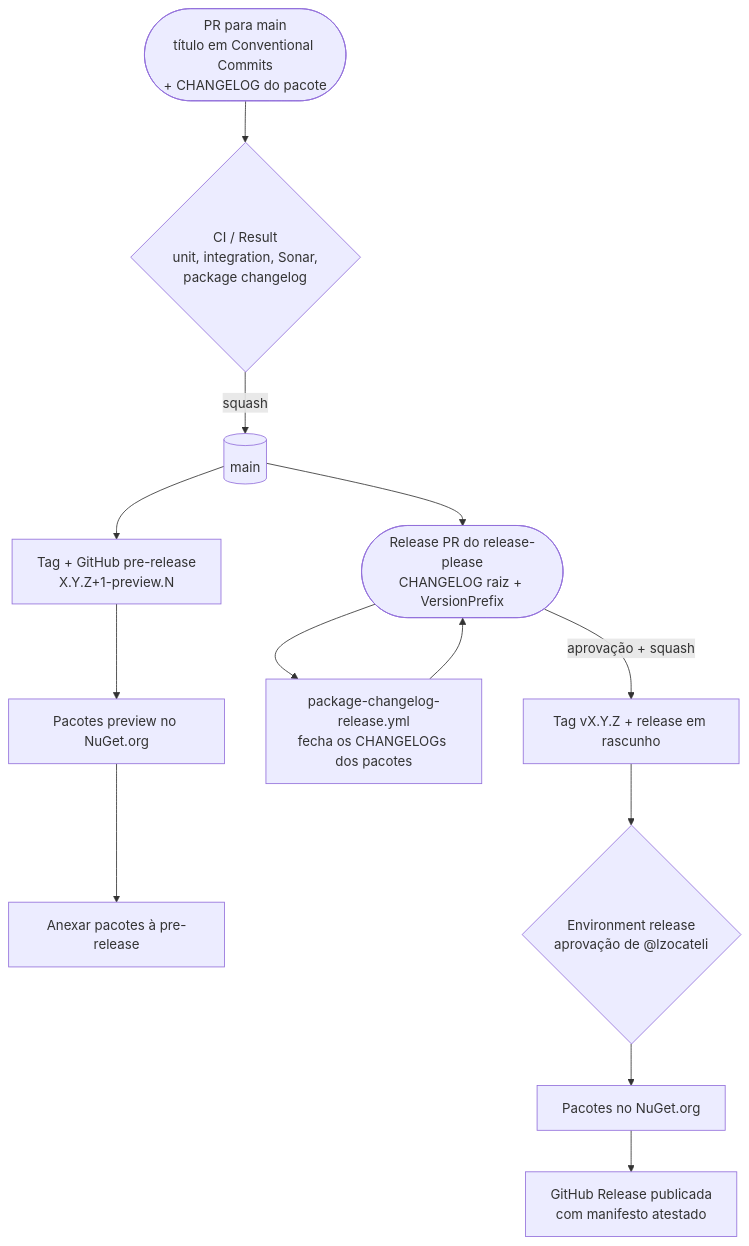
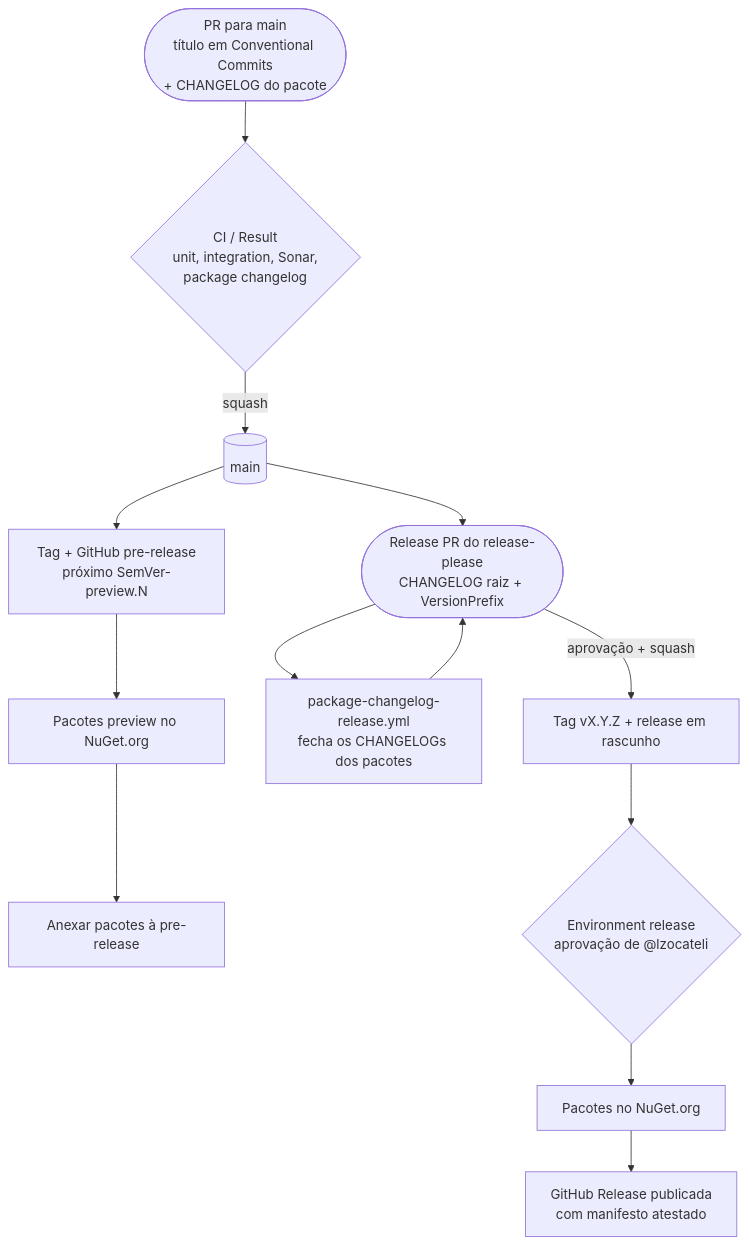
The diagram in docs/maintainers/release-process.md (nuuvify/Nuuvify.CommonPack), drawn with Mermaid before and after one commit. The commit also changed other lines of this file and 4 other files, not shown here.

First line of the commit message:
fix(ci): alinhar snapshots ao versionamento SemVer (#280)

````diff
--- a/docs/maintainers/release-process.md
+++ b/docs/maintainers/release-process.md
@@ -13,15 +13,15 @@
 ```mermaid
 flowchart TB
     PR([PR para main<br/>título em Conventional Commits<br/>+ CHANGELOG do pacote]) --> CI{CI / Result<br/>unit, integration, Sonar,<br/>package changelog}
     CI -->|squash| MAIN[(main)]
-    MAIN --> SNAP[Tag + GitHub pre-release<br/>X.Y.Z+1-preview.N]
+    MAIN --> SNAP[Tag + GitHub pre-release<br/>próximo SemVer-preview.N]
     SNAP --> SNAPN[Pacotes preview no NuGet.org]
     SNAPN --> SNAPFILES[Anexar pacotes à pre-release]
     MAIN --> RPR([Release PR do release-please<br/>CHANGELOG raiz + VersionPrefix])
     RPR --> CLOSE[package-changelog-release.yml<br/>fecha os CHANGELOGs dos pacotes]
     CLOSE --> RPR
     RPR -->|aprovação + squash| TAG[Tag vX.Y.Z + release em rascunho]
     TAG --> REL{Environment release<br/>aprovação de @lzocateli}
     REL --> NUGET[Pacotes no NuGet.org]
     NUGET --> PUB[GitHub Release publicada<br/>com manifesto atestado]
 ```
````
